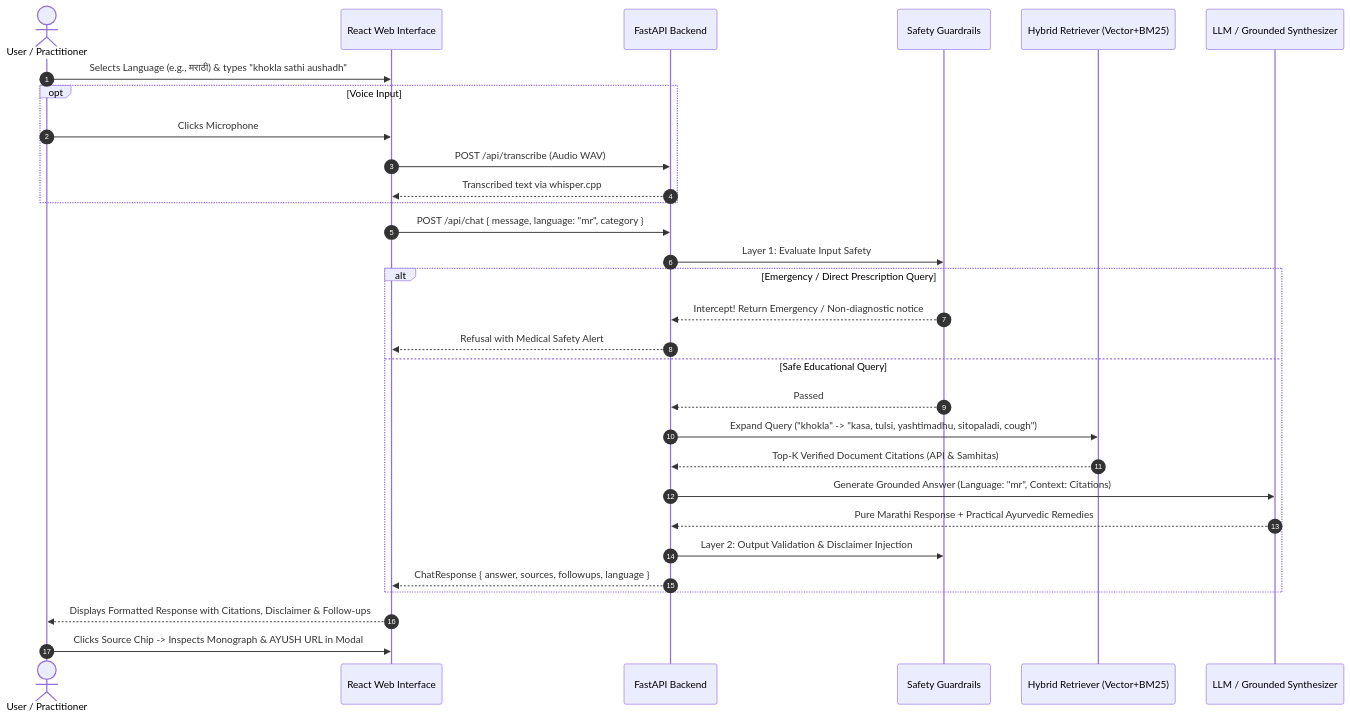
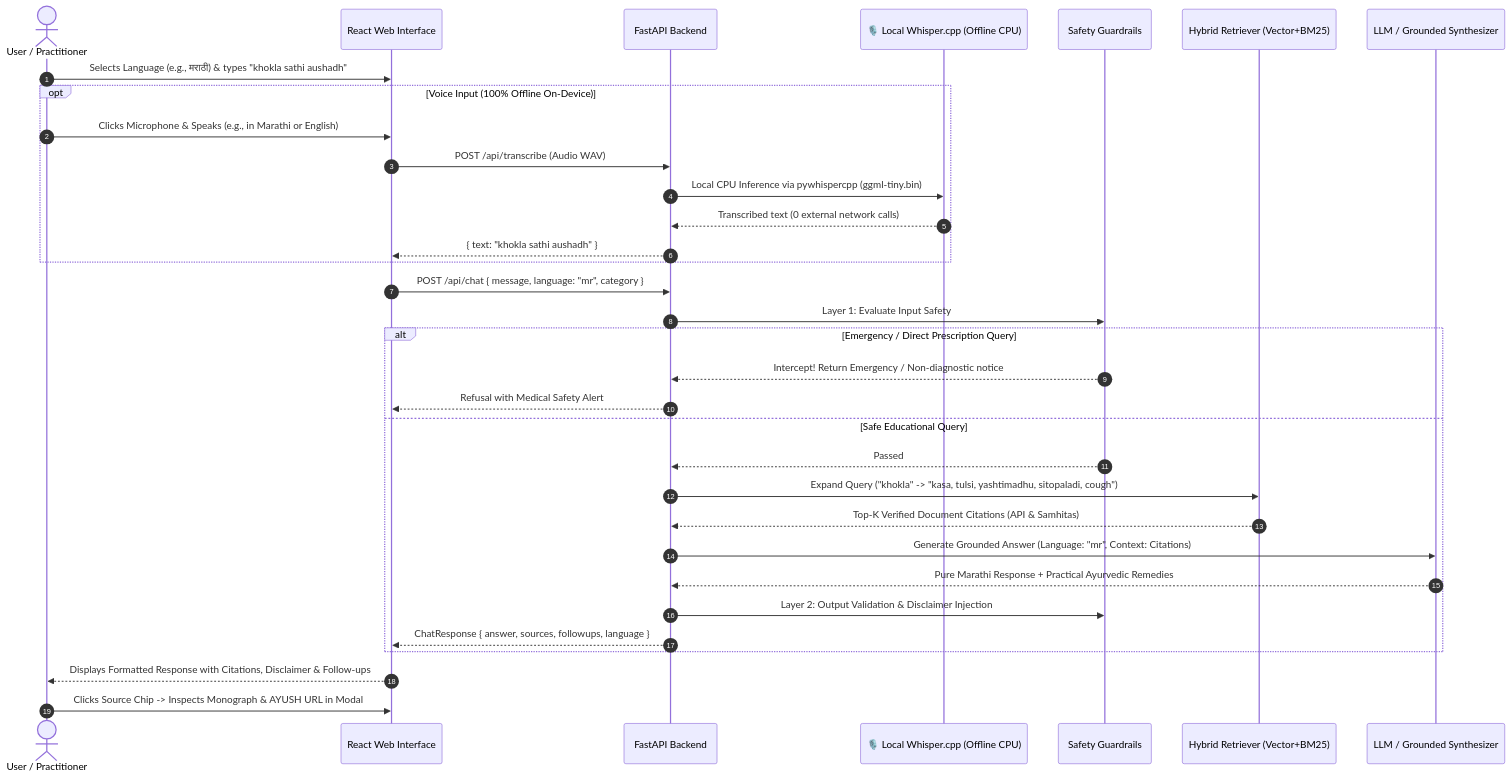
One commit to nidhi808/Ayurveda-Chatbot changed the second of 2 diagrams in README.md. Above: the diagram before and after it, drawn with Mermaid. The commit also changed other lines of this file and 3 other files, not shown here.

Commit message:
docs: enrich README with visual screenshots, offline whisper.cpp details, and sequence flow annotations

````diff
--- a/README.md
+++ b/README.md
@@ -124,33 +126,36 @@
 ```mermaid
 sequenceDiagram
     autonumber
     actor User as User / Practitioner
     participant UI as React Web Interface
     participant Backend as FastAPI Backend
+    participant WhisperCpp as 🎙️ Local Whisper.cpp (Offline CPU)
     participant Safety as Safety Guardrails
     participant RAG as Hybrid Retriever (Vector+BM25)
     participant Generator as LLM / Grounded Synthesizer
 
     User->>UI: Selects Language (e.g., मराठी) & types "khokla sathi aushadh"
-    opt Voice Input
-        User->>UI: Clicks Microphone
+    opt Voice Input (100% Offline On-Device)
+        User->>UI: Clicks Microphone & Speaks (e.g., in Marathi or English)
         UI->>Backend: POST /api/transcribe (Audio WAV)
-        Backend-->>UI: Transcribed text via whisper.cpp
+        Backend->>WhisperCpp: Local CPU Inference via pywhispercpp (ggml-tiny.bin)
+        WhisperCpp-->>Backend: Transcribed text (0 external network calls)
+        Backend-->>UI: { text: "khokla sathi aushadh" }
     end
     UI->>Backend: POST /api/chat { message, language: "mr", category }
     Backend->>Safety: Layer 1: Evaluate Input Safety
     alt Emergency / Direct Prescription Query
         Safety-->>Backend: Intercept! Return Emergency / Non-diagnostic notice
         Backend-->>UI: Refusal with Medical Safety Alert
     else Safe Educational Query
         Safety-->>Backend: Passed
         Backend->>RAG: Expand Query ("khokla" -> "kasa, tulsi, yashtimadhu, sitopaladi, cough")
         RAG-->>Backend: Top-K Verified Document Citations (API & Samhitas)
         Backend->>Generator: Generate Grounded Answer (Language: "mr", Context: Citations)
         Generator-->>Backend: Pure Marathi Response + Practical Ayurvedic Remedies
         Backend->>Safety: Layer 2: Output Validation & Disclaimer Injection
         Backend-->>UI: ChatResponse { answer, sources, followups, language }
     end
     UI-->>User: Displays Formatted Response with Citations, Disclaimer & Follow-ups
     User->>UI: Clicks Source Chip -> Inspects Monograph & AYUSH URL in Modal
 ```
````
